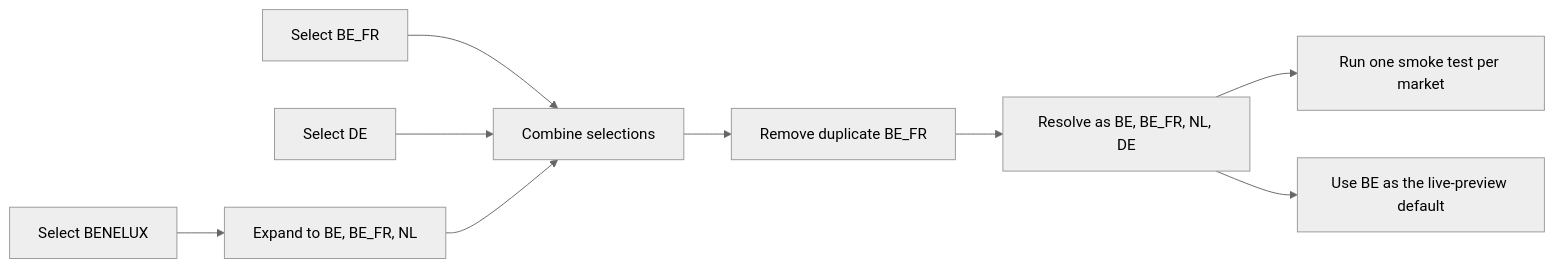
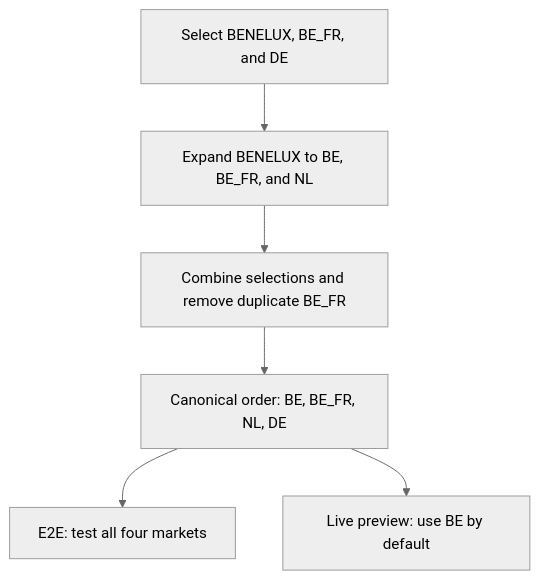
One commit to Aldisogody/Experiment-Docs changed the diagram in docs/e2e-testing/markets.md. Above: the diagram before and after it, drawn with Mermaid (neutral theme). The commit also changed 2 other files, not shown here.

Commit message:
docs: redesign 2.2 release diagrams

````diff
--- a/docs/e2e-testing/markets.md
+++ b/docs/e2e-testing/markets.md
@@ -32,11 +32,10 @@
 ```mermaid
-flowchart LR
-    A["Select BENELUX"] --> D["Expand to BE, BE_FR, NL"]
-    B["Select BE_FR"] --> E["Combine selections"]
-    C["Select DE"] --> E
-    D --> E
-    E --> F["Remove duplicate BE_FR"]
-    F --> G["Resolve as BE, BE_FR, NL, DE"]
-    G --> H["Run one smoke test per market"]
-    G --> I["Use BE as the live-preview default"]
+flowchart TD
+    accTitle: How mixed market selections are resolved
+    accDescr: Selecting BENELUX, BE_FR, and DE expands the group, removes the duplicate BE_FR market, orders the result as BE, BE_FR, NL, and DE, then tests every market while using BE for live preview by default.
+    A["Select BENELUX, BE_FR, and DE"] --> B["Expand BENELUX to BE, BE_FR, and NL"]
+    B --> C["Combine selections and remove duplicate BE_FR"]
+    C --> D["Canonical order: BE, BE_FR, NL, DE"]
+    D --> E["E2E: test all four markets"]
+    D --> F["Live preview: use BE by default"]
 ```
````
